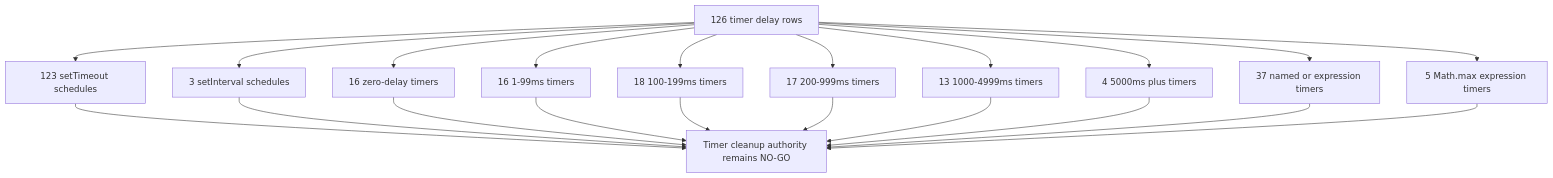
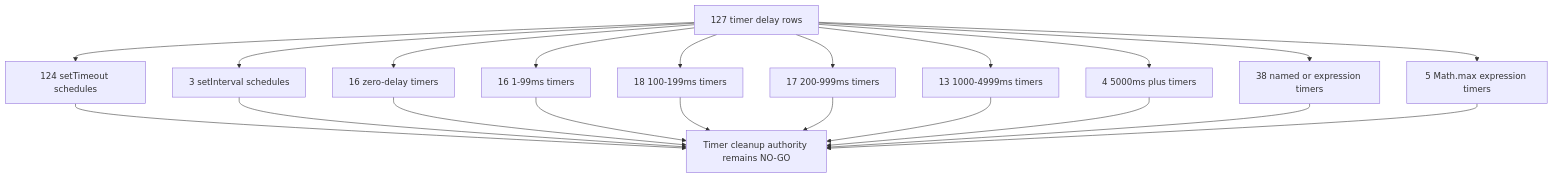
One commit to varshneydevansh/FilterTube changed diagram 17 of 47 in docs/audit/FILTERTUBE_LIFECYCLE_INSTANCE_REGISTER_2026-05-18.md. Above: the diagram before and after it, drawn with Mermaid. The commit also changed other lines of this file and 698 other files, not shown here.

````diff
--- a/docs/audit/FILTERTUBE_LIFECYCLE_INSTANCE_REGISTER_2026-05-18.md
+++ b/docs/audit/FILTERTUBE_LIFECYCLE_INSTANCE_REGISTER_2026-05-18.md
@@ -1531,23 +1531,23 @@
 ```mermaid
 flowchart TD
-  A["126 timer delay rows"] --> B["123 setTimeout schedules"]
+  A["127 timer delay rows"] --> B["124 setTimeout schedules"]
   A --> C["3 setInterval schedules"]
   A --> D["16 zero-delay timers"]
   A --> E["16 1-99ms timers"]
   A --> F["18 100-199ms timers"]
   A --> G["17 200-999ms timers"]
   A --> H["13 1000-4999ms timers"]
   A --> I["4 5000ms plus timers"]
-  A --> J["37 named or expression timers"]
+  A --> J["38 named or expression timers"]
   A --> K["5 Math.max expression timers"]
   B --> L["Timer cleanup authority remains NO-GO"]
   C --> L
   D --> L
   E --> L
   F --> L
   G --> L
   H --> L
   I --> L
   J --> L
   K --> L
 ```
````
